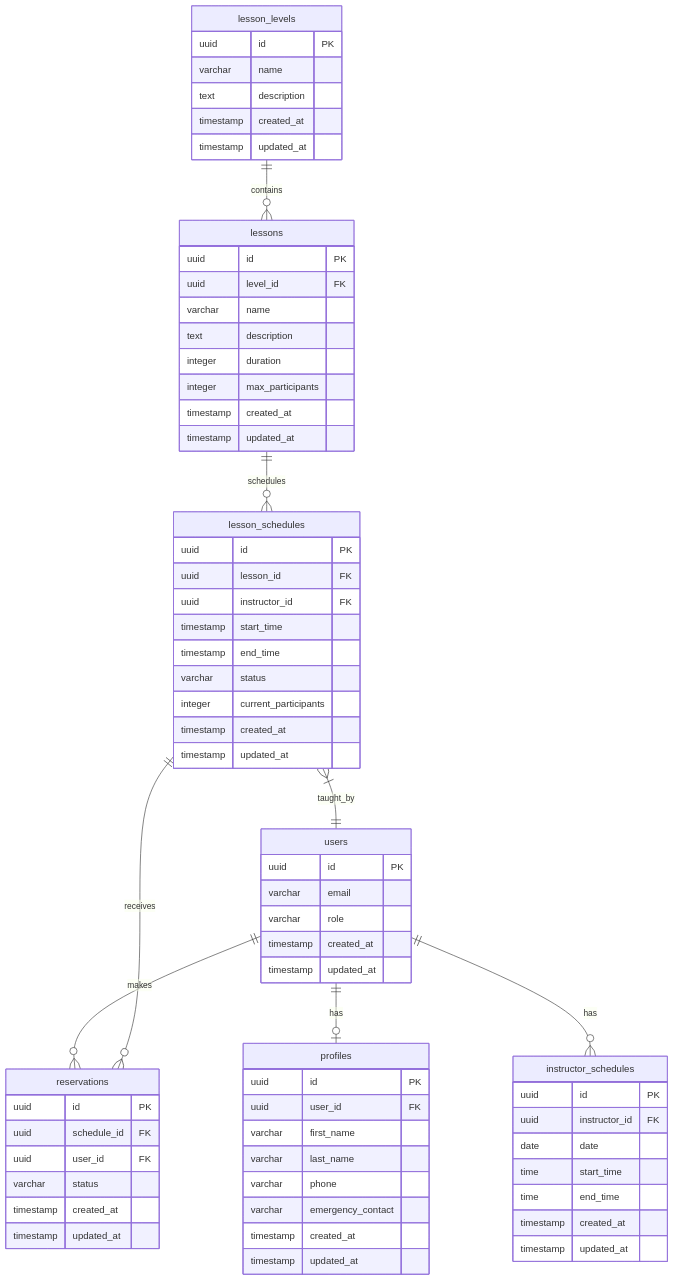
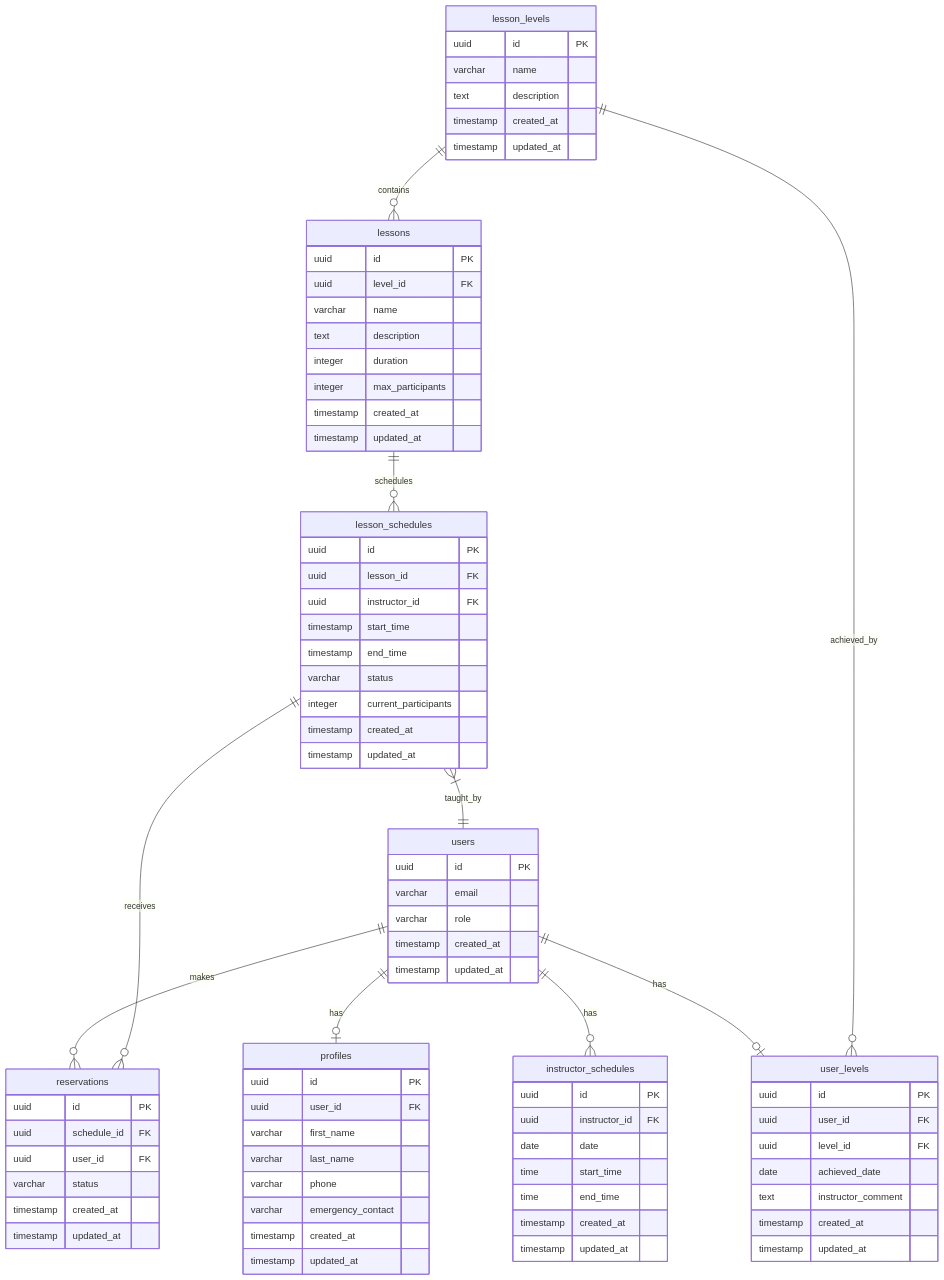
The diagram in 04-DB設計.md (kater-iam/ski-school-management-2), drawn with Mermaid before and after one commit. The commit also changed other lines of this file and 2 other files, not shown here.

```diff
--- a/04-DB設計.md
+++ b/04-DB設計.md
@@ -7,8 +7,10 @@
     users ||--o| profiles : has
     users ||--o{ reservations : makes
     users ||--o{ instructor_schedules : has
+    users ||--o| user_levels : has
     
     lesson_levels ||--o{ lessons : contains
+    lesson_levels ||--o{ user_levels : achieved_by
     
     lessons ||--o{ lesson_schedules : schedules
     
@@ -38,6 +40,16 @@
         uuid id PK
         varchar name
         text description
+        timestamp created_at
+        timestamp updated_at
+    }
+    
+    user_levels {
+        uuid id PK
+        uuid user_id FK
+        uuid level_id FK
+        date achieved_date
+        text instructor_comment
         timestamp created_at
         timestamp updated_at
     }
```
